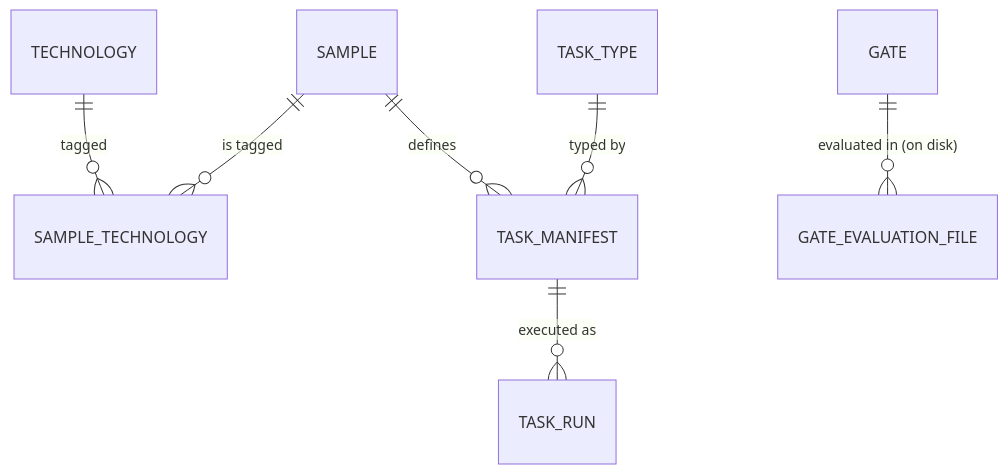
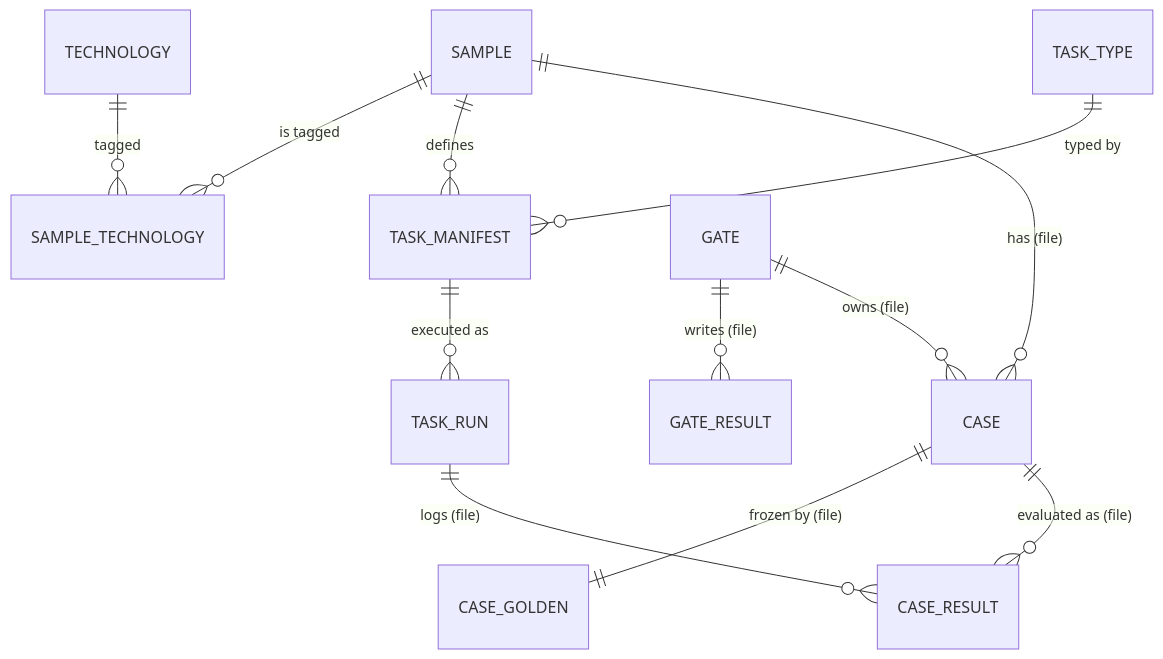
One commit to 4xeverburga/jsp-decouple-bench changed the diagram in specs/er.md. Above: the diagram before and after it, drawn with Mermaid. The commit also changed other lines of this file and 164 other files, not shown here.

````diff
--- a/specs/er.md
+++ b/specs/er.md
@@ -11,9 +11,14 @@
 ```mermaid
 erDiagram
     TECHNOLOGY ||--o{ SAMPLE_TECHNOLOGY : "tagged"
     SAMPLE     ||--o{ SAMPLE_TECHNOLOGY : "is tagged"
     SAMPLE     ||--o{ TASK_MANIFEST : "defines"
     TASK_TYPE  ||--o{ TASK_MANIFEST : "typed by"
     TASK_MANIFEST ||--o{ TASK_RUN : "executed as"
-    GATE       ||--o{ GATE_EVALUATION_FILE : "evaluated in (on disk)"
+    GATE       ||--o{ GATE_RESULT : "writes (file)"
+    SAMPLE     ||--o{ CASE : "has (file)"
+    GATE       ||--o{ CASE : "owns (file)"
+    CASE       ||--|| CASE_GOLDEN : "frozen by (file)"
+    CASE       ||--o{ CASE_RESULT : "evaluated as (file)"
+    TASK_RUN   ||--o{ CASE_RESULT : "logs (file)"
 ```
````
